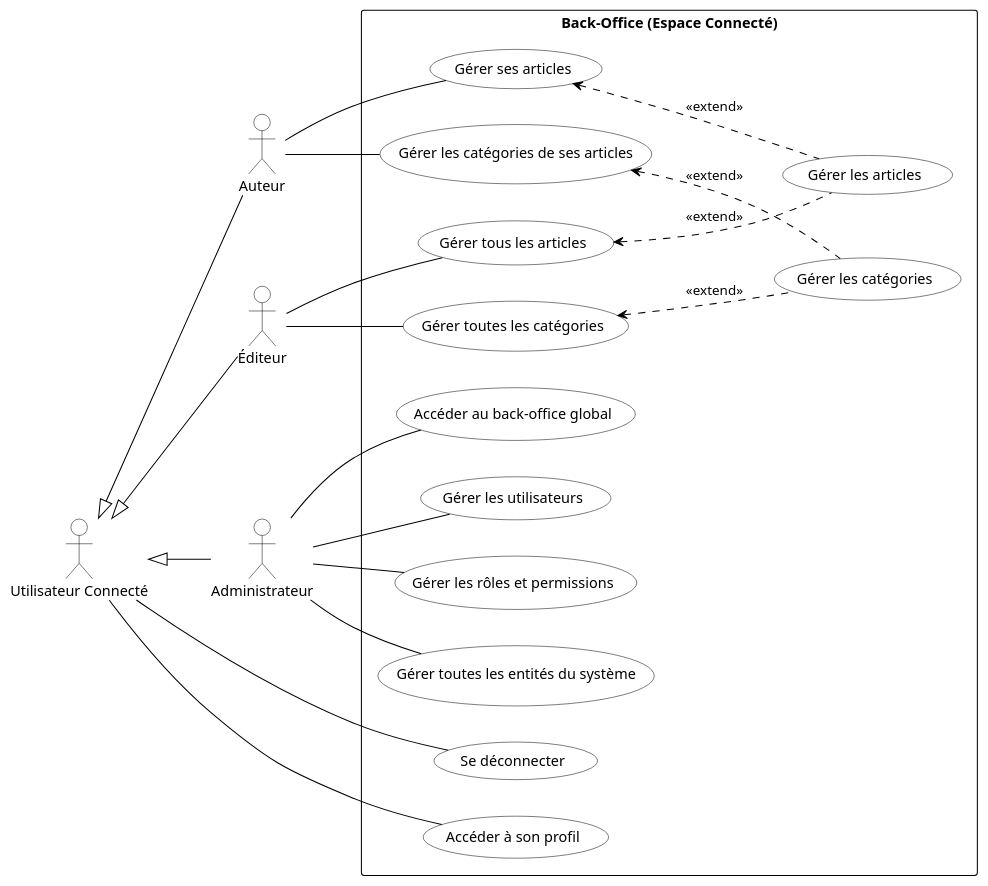
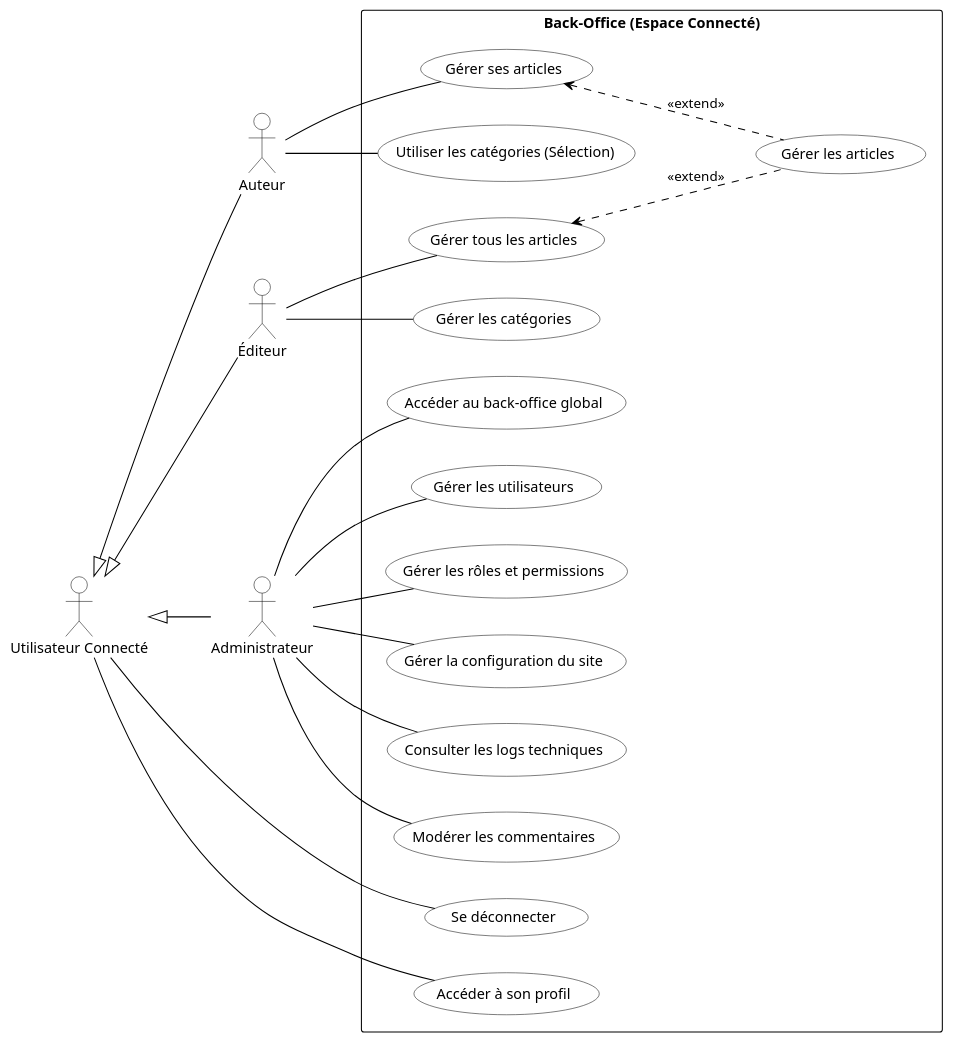
Before and after one commit to labs-web/projet-technique: the diagram in docs/2.analyse/global/usecase-admin.puml, drawn with PlantUML. The commit also changed 1 other file, not shown here.

```diff
--- a/docs/2.analyse/global/usecase-admin.puml
+++ b/docs/2.analyse/global/usecase-admin.puml
@@ -1,70 +1,70 @@
 @startuml usecase-back_office
 left to right direction
 skinparam packageStyle rectangle
 
 ' Schéma de couleurs : noir sur blanc uniquement
 skinparam actorBackgroundColor white
 skinparam actorBorderColor black
 skinparam usecaseBackgroundColor white
 skinparam usecaseBorderColor black
 skinparam packageBackgroundColor white
 skinparam packageBorderColor black
 skinparam arrowColor black
 
 actor "Utilisateur Connecté" as User
 actor "Auteur" as Author
 actor "Éditeur" as Editor
 actor "Administrateur" as Admin
 
 User <|-- Author
 User <|-- Editor
 User <|-- Admin
 
 rectangle "Back-Office (Espace Connecté)" {
   ' Fonctionnalités Utilisateur Standard
   usecase "Se déconnecter" as UC_Logout
   usecase "Accéder à son profil" as UC_Profile
 
-  ' Fonctionnalités Auteur
+  ' Fonctionnalités Auteur (RG-02 Propriété & RG-01 Usage Catégories)
   usecase "Gérer les articles" as UC_Manage_Articles
   usecase "Gérer ses articles" as UC_Manage_Own_Articles
-  usecase "Gérer les catégories de ses articles" as UC_Manage_Own_Cats
-  
-  ' Fonctionnalités Éditeur
+  usecase "Utiliser les catégories (Sélection)" as UC_Use_Cats
+
+  ' Fonctionnalités Éditeur (RG-01 & RG-02 Full Access)
   usecase "Gérer tous les articles" as UC_Manage_All_Articles
   usecase "Gérer les catégories" as UC_Manage_Cats
-  usecase "Gérer toutes les catégories" as UC_Manage_All_Cats
-
-  ' Fonctionnalités Admin
+  
+  ' Fonctionnalités Admin (RG-04 Système)
   usecase "Accéder au back-office global" as UC_Admin_Access
   usecase "Gérer les utilisateurs" as UC_Manage_Users
   usecase "Gérer les rôles et permissions" as UC_Manage_Roles
-  usecase "Gérer toutes les entités du système" as UC_Manage_Global
+  usecase "Gérer la configuration du site" as UC_Manage_Settings
+  usecase "Consulter les logs techniques" as UC_View_Logs
+  usecase "Modérer les commentaires" as UC_Moderate_Comments
 }
 
 ' Relations Utilisateur
 User -- UC_Logout
 User -- UC_Profile
 
 ' Relations Auteur
 Author -- UC_Manage_Own_Articles
-Author -- UC_Manage_Own_Cats
+Author -- UC_Use_Cats
 
 ' Relations Éditeur
 Editor -- UC_Manage_All_Articles
-Editor -- UC_Manage_All_Cats
+Editor -- UC_Manage_Cats
 
 ' Relations Admin
 Admin -- UC_Admin_Access
 Admin -- UC_Manage_Users
 Admin -- UC_Manage_Roles
-Admin -- UC_Manage_Global
+Admin -- UC_Manage_Settings
+Admin -- UC_View_Logs
+Admin -- UC_Moderate_Comments
 
-' Relations d'extension (Variantes selon le rôle)
+' Relations d'extension (Variantes de Scope Article RG-02)
 UC_Manage_Own_Articles <.. UC_Manage_Articles : <<extend>>
 UC_Manage_All_Articles <.. UC_Manage_Articles : <<extend>>
 
-UC_Manage_Own_Cats <.. UC_Manage_Cats : <<extend>>
-UC_Manage_All_Cats <.. UC_Manage_Cats : <<extend>>
-
 @enduml
```
